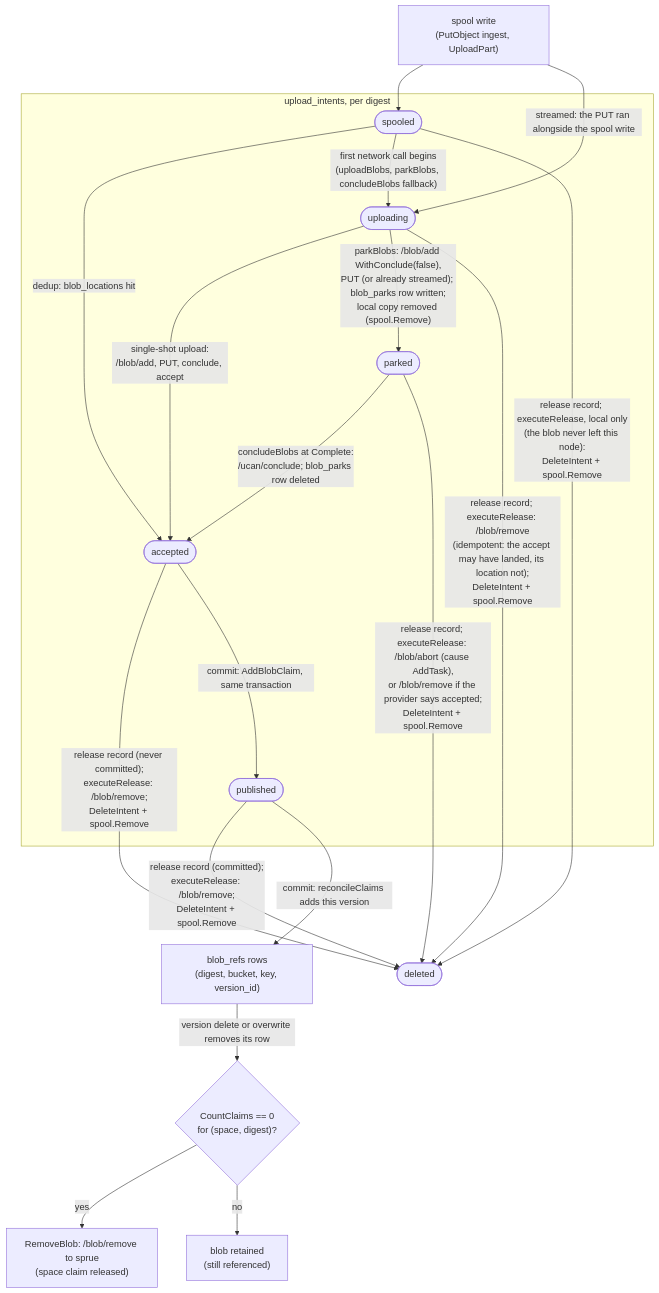
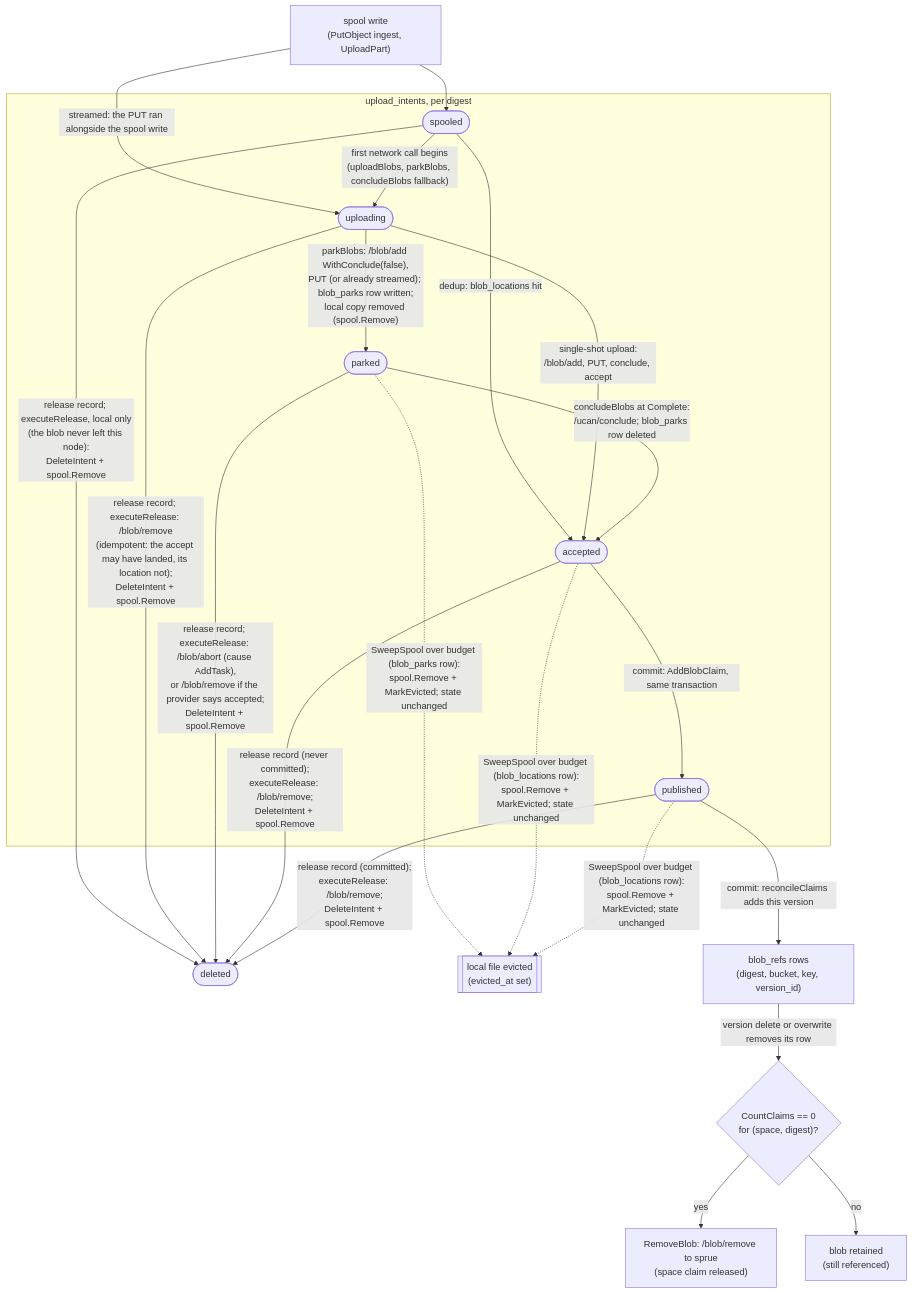
Before and after one commit to fil-forge/ingot: the eighth of 14 diagrams in docs/diagrams.md, drawn with Mermaid. The commit also changed other lines of this file and 25 other files, not shown here.

First line of the commit message:
feat: evict spool blobs to a byte budget

````diff
--- a/docs/diagrams.md
+++ b/docs/diagrams.md
@@ -554,30 +554,34 @@
 ```mermaid
 flowchart TB
     W["spool write<br/>(PutObject ingest, UploadPart)"] --> spooled
     W -->|"streamed: the PUT ran alongside the spool write"| uploading
 
     subgraph intents["upload_intents, per digest"]
         spooled([spooled])
         uploading([uploading])
         parked([parked])
         accepted([accepted])
         published([published])
     end
 
     spooled -->|"dedup: blob_locations hit"| accepted
     spooled -->|"first network call begins<br/>(uploadBlobs, parkBlobs, concludeBlobs fallback)"| uploading
     uploading -->|"single-shot upload:<br/>/blob/add, PUT, conclude, accept"| accepted
     uploading -->|"parkBlobs: /blob/add WithConclude(false),<br/>PUT (or already streamed); blob_parks row written;<br/>local copy removed (spool.Remove)"| parked
     parked -->|"concludeBlobs at Complete:<br/>/ucan/conclude; blob_parks row deleted"| accepted
     spooled -->|"release record; executeRelease, local only<br/>(the blob never left this node):<br/>DeleteIntent + spool.Remove"| gone([deleted])
     uploading -->|"release record; executeRelease: /blob/remove<br/>(idempotent: the accept may have landed, its location not);<br/>DeleteIntent + spool.Remove"| gone
     parked -->|"release record; executeRelease: /blob/abort (cause AddTask),<br/>or /blob/remove if the provider says accepted;<br/>DeleteIntent + spool.Remove"| gone
     accepted -->|"release record (never committed);<br/>executeRelease: /blob/remove;<br/>DeleteIntent + spool.Remove"| gone
     published -->|"release record (committed);<br/>executeRelease: /blob/remove;<br/>DeleteIntent + spool.Remove"| gone
 
     accepted -->|"commit: AddBlobClaim, same transaction"| published
+
+    parked -.->|"SweepSpool over budget (blob_parks row):<br/>spool.Remove + MarkEvicted; state unchanged"| evicted[["local file evicted<br/>(evicted_at set)"]]
+    accepted -.->|"SweepSpool over budget (blob_locations row):<br/>spool.Remove + MarkEvicted; state unchanged"| evicted
+    published -.->|"SweepSpool over budget (blob_locations row):<br/>spool.Remove + MarkEvicted; state unchanged"| evicted
     published -->|"commit: reconcileClaims adds this version"| refs["blob_refs rows<br/>(digest, bucket, key, version_id)"]
     refs -->|"version delete or overwrite removes its row"| zero{"CountClaims == 0<br/>for (space, digest)?"}
     zero -->|yes| rm["RemoveBlob: /blob/remove to sprue<br/>(space claim released)"]
     zero -->|no| keep["blob retained<br/>(still referenced)"]
 ```
````
